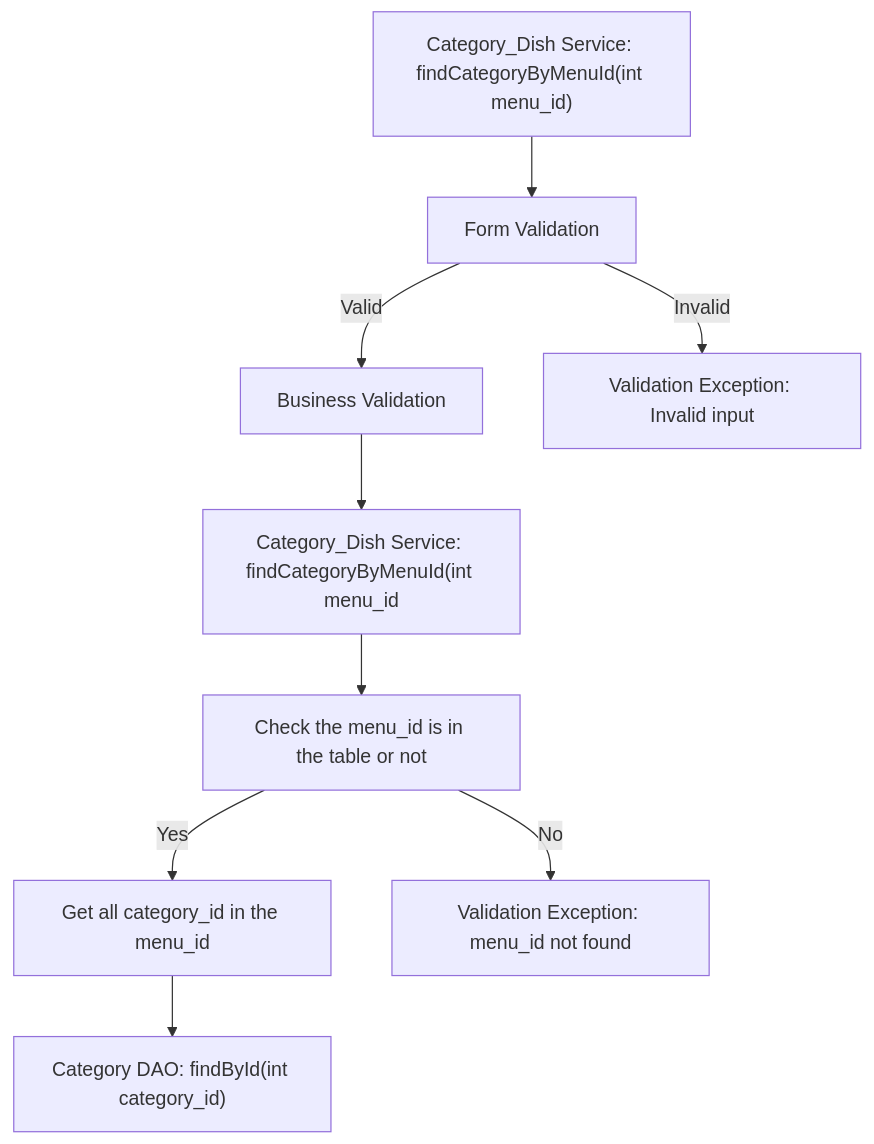
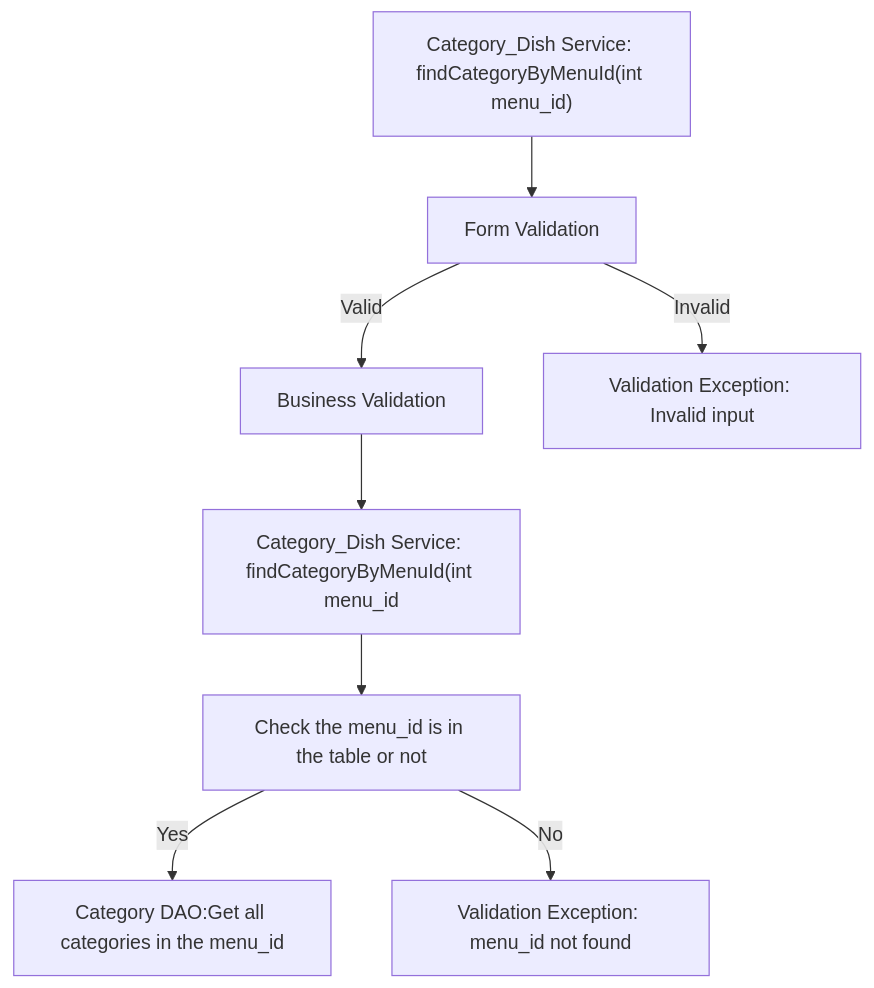
Before and after one commit to fssa-batch3/sec_b_vignesh.ramachandran__corejava_project_2: diagram 11 of 22 in README.md, drawn with Mermaid. The commit also changed other lines of this file, not shown here.

````diff
--- a/README.md
+++ b/README.md
@@ -230,11 +390,10 @@
 ```mermaid
 graph TD;
   A["Category_Dish Service: findCategoryByMenuId(int menu_id)"] --> B["Form Validation"]
   B -- Valid --> C["Business Validation"]
   B -- Invalid --> C1["Validation Exception: Invalid input"]
   C --> D["Category_Dish Service: findCategoryByMenuId(int menu_id"]
   D --> E["Check the menu_id is in the table or not"]
-  E -- Yes --> F["Get all category_id in the menu_id"]
+  E -- Yes --> F["Category DAO:Get all categories in the menu_id"]
   E -- No --> F1["Validation Exception: menu_id not found"]
-  F --> G["Category DAO: findById(int category_id)"]
 ```
````
